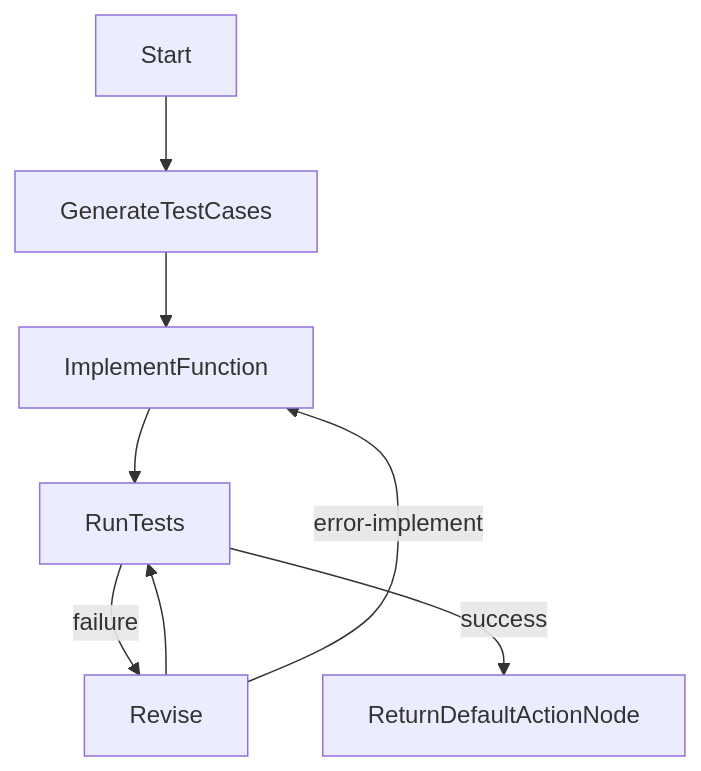
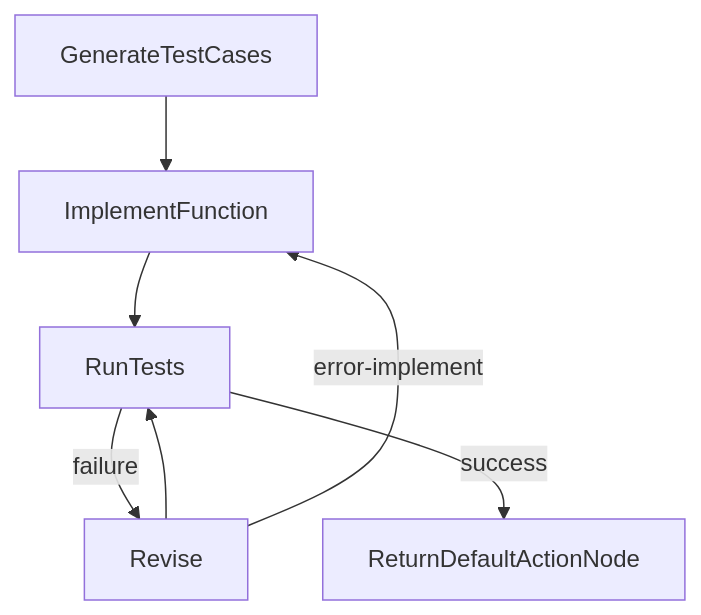
The second of 2 diagrams in README.md (jimkk159/test-creater), drawn with Mermaid before and after one commit.

````diff
--- a/README.md
+++ b/README.md
@@ -33,7 +33,7 @@
 ```mermaid
 flowchart TD
-    G[Start] --> H[GenerateTestCases] --> I[ImplementFunction] --> J[RunTests]
-    J -- failure --> K[Revise] --> J
-    J -- success --> L[ReturnDefaultActionNode]
-    K -- error-implement --> I
+    G[GenerateTestCases] --> H[ImplementFunction] --> I[RunTests]
+    I -- failure --> J[Revise] --> I
+    I -- success --> K[ReturnDefaultActionNode]
+    J -- error-implement --> H
 ```
````
